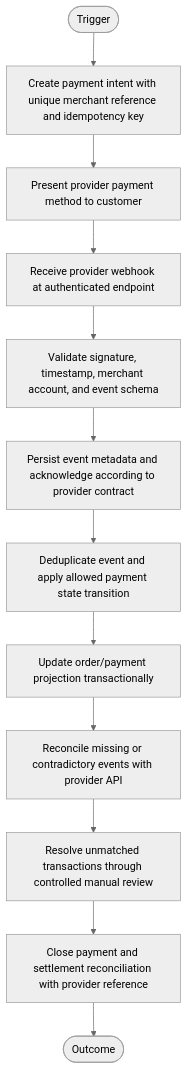
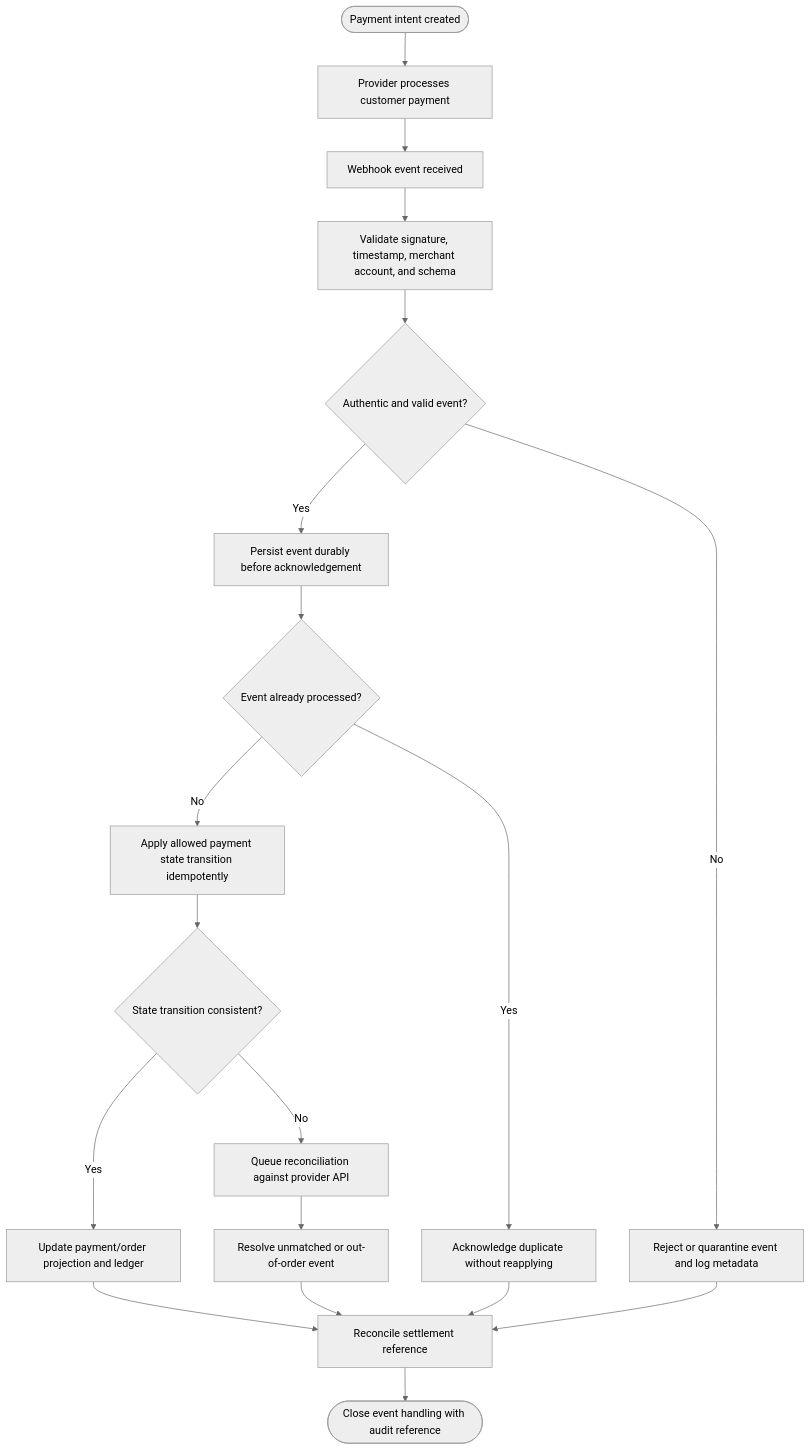
Before and after one commit to reviveproject4-source/visual-business-flows: the first of 3 diagrams in 05-system-integrations/webhook-payment-settlement.md, drawn with Mermaid (neutral theme). The commit also changed other lines of this file and 14 other files, not shown here.

First line of the commit message:
Align workflow diagrams with business rules and exceptions

````diff
--- a/05-system-integrations/webhook-payment-settlement.md
+++ b/05-system-integrations/webhook-payment-settlement.md
@@ -56,24 +56,21 @@
 ```mermaid
 flowchart TD
-    Start([Trigger]) --> S1
-    S1[Create payment intent with unique merchant reference and idempotency key]
-    S2[Present provider payment method to customer]
-    S3[Receive provider webhook at authenticated endpoint]
-    S4[Validate signature, timestamp, merchant account, and event schema]
-    S5[Persist event metadata and acknowledge according to provider contract]
-    S6[Deduplicate event and apply allowed payment state transition]
-    S7[Update order/payment projection transactionally]
-    S8[Reconcile missing or contradictory events with provider API]
-    S9[Resolve unmatched transactions through controlled manual review]
-    S10[Close payment and settlement reconciliation with provider reference]
-    S1 --> S2
-    S2 --> S3
-    S3 --> S4
-    S4 --> S5
-    S5 --> S6
-    S6 --> S7
-    S7 --> S8
-    S8 --> S9
-    S9 --> S10
-    S10 --> End([Outcome])
+    A([Payment intent created]) --> B[Provider processes customer payment]
+    B --> C[Webhook event received]
+    C --> D[Validate signature, timestamp, merchant account, and schema]
+    D --> E{Authentic and valid event?}
+    E -->|No| X[Reject or quarantine event and log metadata]
+    E -->|Yes| F[Persist event durably before acknowledgement]
+    F --> G{Event already processed?}
+    G -->|Yes| H[Acknowledge duplicate without reapplying]
+    G -->|No| I[Apply allowed payment state transition idempotently]
+    I --> J{State transition consistent?}
+    J -->|No| K[Queue reconciliation against provider API]
+    J -->|Yes| L[Update payment/order projection and ledger]
+    K --> M[Resolve unmatched or out-of-order event]
+    L --> N[Reconcile settlement reference]
+    M --> N
+    H --> N
+    X --> N
+    N --> O([Close event handling with audit reference])
 ```
````
